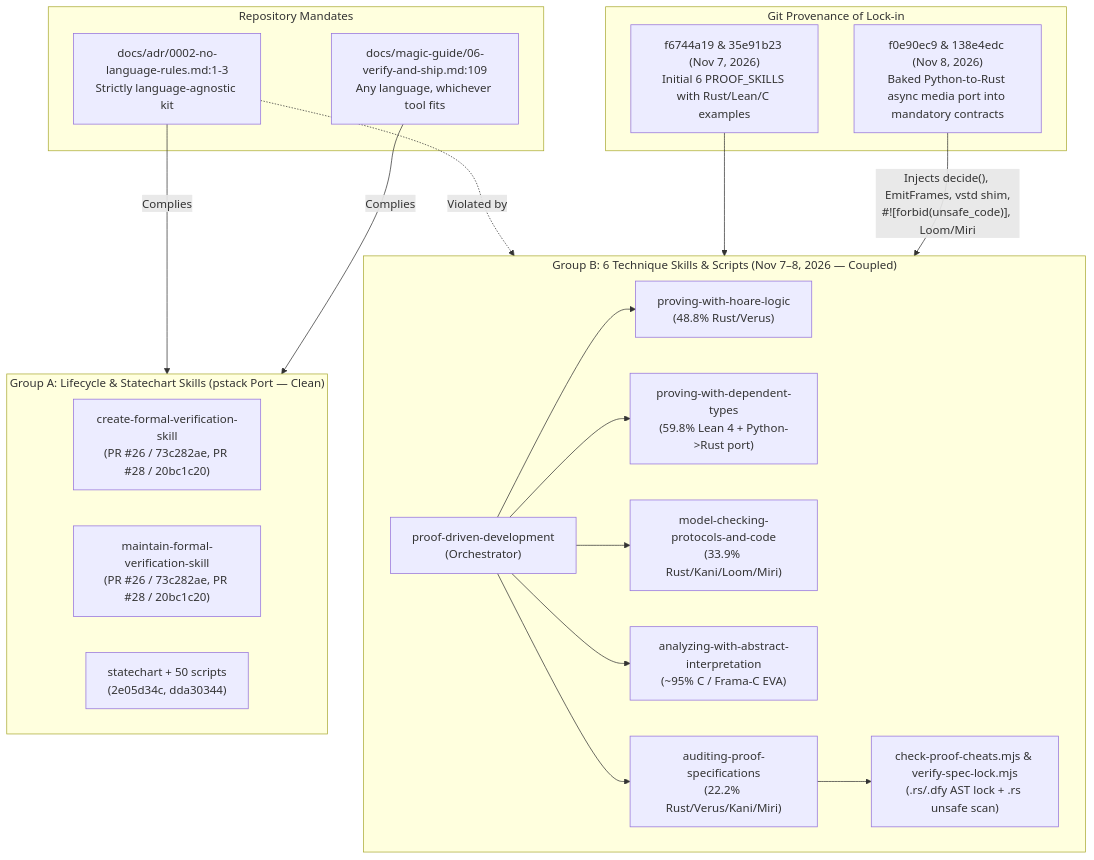
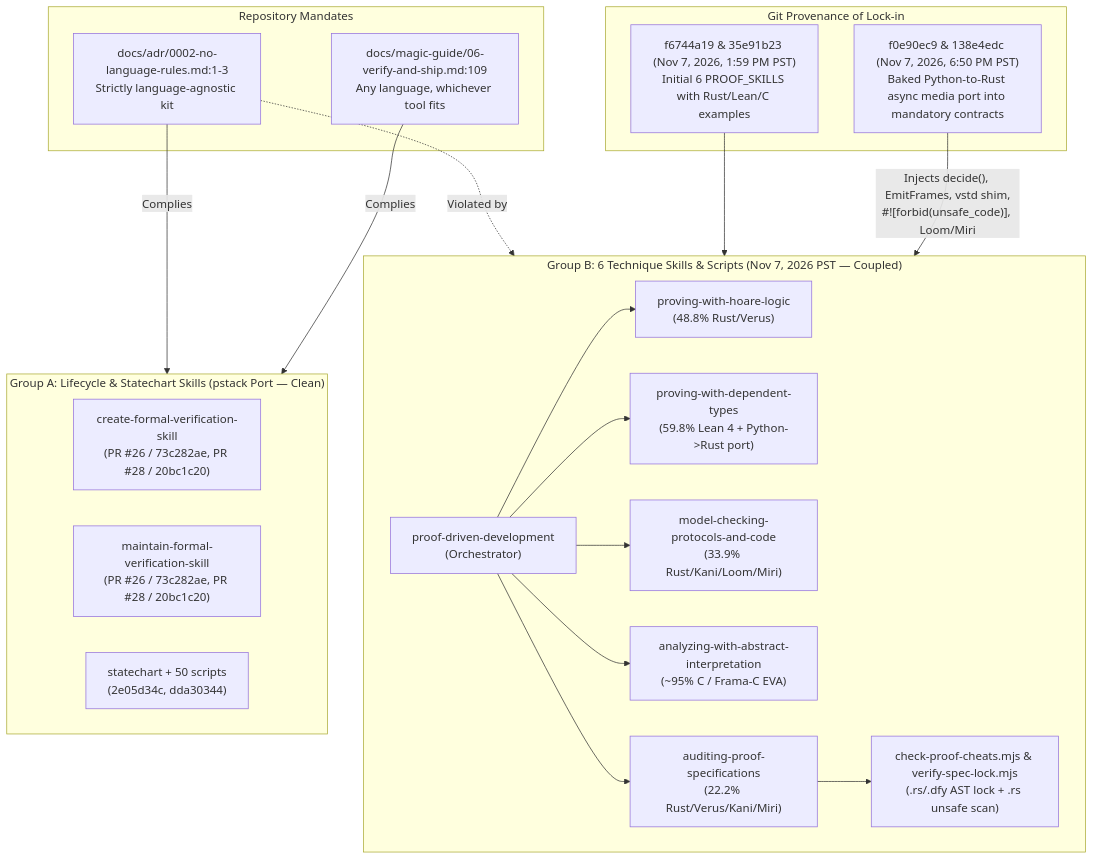
Before and after one commit to PhillipChaffee/.agents: the diagram in docs/research/formal-proof-skills-language-agnostic-audit.md, drawn with Mermaid.

Commit message:
docs(research): use PST timestamps in formal proof skills audit

````diff
--- a/docs/research/formal-proof-skills-language-agnostic-audit.md
+++ b/docs/research/formal-proof-skills-language-agnostic-audit.md
@@ -49,40 +49,40 @@
 ```mermaid
 flowchart TD
   subgraph Mandates["Repository Mandates"]
     ADR0002["docs/adr/0002-no-language-rules.md:1-3<br/>Strictly language-agnostic kit"]
     Guide06["docs/magic-guide/06-verify-and-ship.md:109<br/>Any language, whichever tool fits"]
   end
 
   subgraph GroupA["Group A: Lifecycle & Statechart Skills (pstack Port — Clean)"]
     CFVS["create-formal-verification-skill<br/>(PR #26 / 73c282ae, PR #28 / 20bc1c20)"]
     MFVS["maintain-formal-verification-skill<br/>(PR #26 / 73c282ae, PR #28 / 20bc1c20)"]
     SC["statechart + 50 scripts<br/>(2e05d34c, dda30344)"]
   end
 
-  subgraph GroupB["Group B: 6 Technique Skills & Scripts (Nov 7–8, 2026 — Coupled)"]
+  subgraph GroupB["Group B: 6 Technique Skills & Scripts (Nov 7, 2026 PST — Coupled)"]
     PDD["proof-driven-development<br/>(Orchestrator)"]
     Hoare["proving-with-hoare-logic<br/>(48.8% Rust/Verus)"]
     Dep["proving-with-dependent-types<br/>(59.8% Lean 4 + Python->Rust port)"]
     MC["model-checking-protocols-and-code<br/>(33.9% Rust/Kani/Loom/Miri)"]
     AI["analyzing-with-abstract-interpretation<br/>(~95% C / Frama-C EVA)"]
     Audit["auditing-proof-specifications<br/>(22.2% Rust/Verus/Kani/Miri)"]
     Scripts["check-proof-cheats.mjs & verify-spec-lock.mjs<br/>(.rs/.dfy AST lock + .rs unsafe scan)"]
   end
 
   subgraph LeakSource["Git Provenance of Lock-in"]
-    C1["f6744a19 & 35e91b23 (Nov 7, 2026)<br/>Initial 6 PROOF_SKILLS with Rust/Lean/C examples"]
-    C2["f0e90ec9 & 138e4edc (Nov 8, 2026)<br/>Baked Python-to-Rust async media port into mandatory contracts"]
+    C1["f6744a19 & 35e91b23 (Nov 7, 2026, 1:59 PM PST)<br/>Initial 6 PROOF_SKILLS with Rust/Lean/C examples"]
+    C2["f0e90ec9 & 138e4edc (Nov 7, 2026, 6:50 PM PST)<br/>Baked Python-to-Rust async media port into mandatory contracts"]
   end
 
   ADR0002 -->|"Complies"| GroupA
   Guide06 -->|"Complies"| GroupA
   ADR0002 -.->|"Violated by"| GroupB
   C1 --> GroupB
   C2 -->|"Injects decide(), EmitFrames, vstd shim,<br/>#![forbid(unsafe_code)], Loom/Miri"| GroupB
   PDD --> Hoare
   PDD --> Dep
   PDD --> MC
   PDD --> AI
   PDD --> Audit
   Audit --> Scripts
 ```
````
